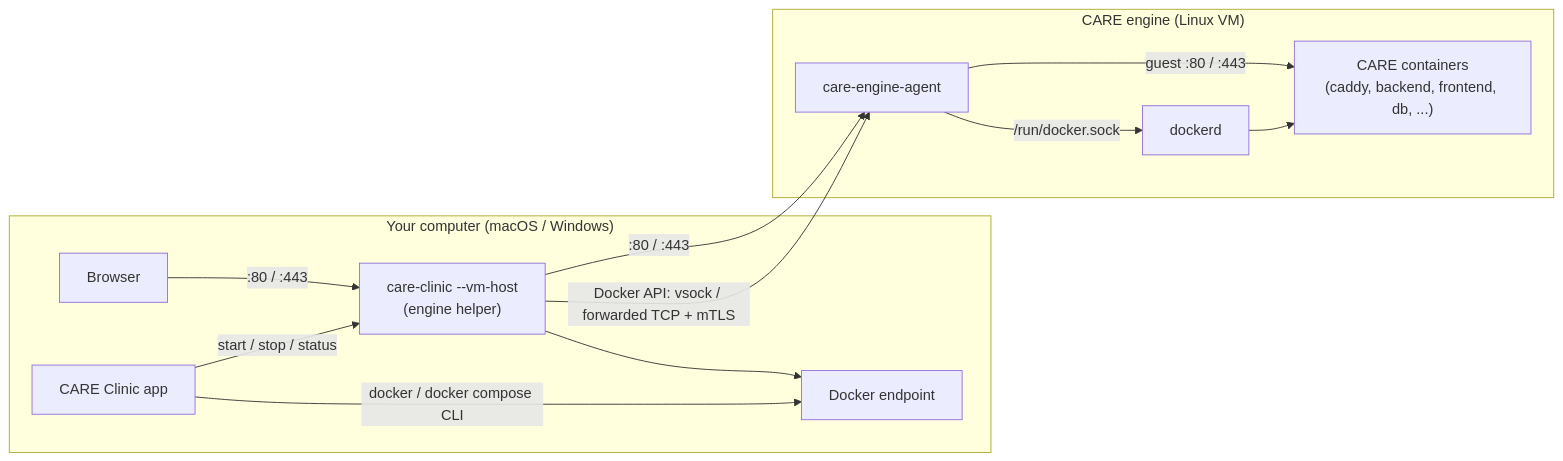
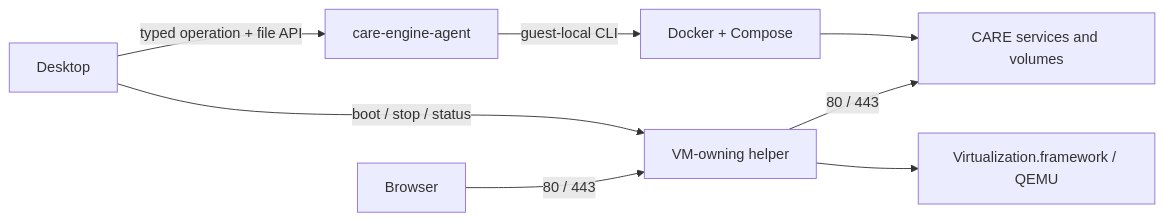
One commit to praffq/care_clinic changed the diagram in docs/vm.md. Above: the diagram before and after it, drawn with Mermaid. The commit also changed other lines of this file and 130 other files, not shown here.

First line of the commit message:
Drive clinic runtime through the CARE agent

````diff
--- a/docs/vm.md
+++ b/docs/vm.md
@@ -12,17 +11,10 @@
 ```mermaid
 flowchart LR
-  subgraph Host["Your computer (macOS / Windows)"]
-    UI["CARE Clinic app"] -->|docker / docker compose CLI| Sock["Docker endpoint"]
-    UI -->|start / stop / status| Helper["care-clinic --vm-host<br/>(engine helper)"]
-    Helper --> Sock
-    Browser["Browser"] -->|:80 / :443| Helper
-  end
-  subgraph VM["CARE engine (Linux VM)"]
-    Agent["care-engine-agent"]
-    Dockerd["dockerd"] --> Stack["CARE containers<br/>(caddy, backend, frontend, db, ...)"]
-  end
-  Helper -->|Docker API: vsock / forwarded TCP + mTLS| Agent
-  Helper -->|:80 / :443| Agent
-  Agent -->|/run/docker.sock| Dockerd
-  Agent -->|guest :80 / :443| Stack
+  UI["Desktop"] -->|typed operation + file API| Agent["care-engine-agent"]
+  UI -->|boot / stop / status| Helper["VM-owning helper"]
+  Helper --> VM["Virtualization.framework / QEMU"]
+  Agent -->|guest-local CLI| Docker["Docker + Compose"]
+  Docker --> Containers["CARE services and volumes"]
+  Browser -->|80 / 443| Helper
+  Helper -->|80 / 443| Containers
 ```
````
